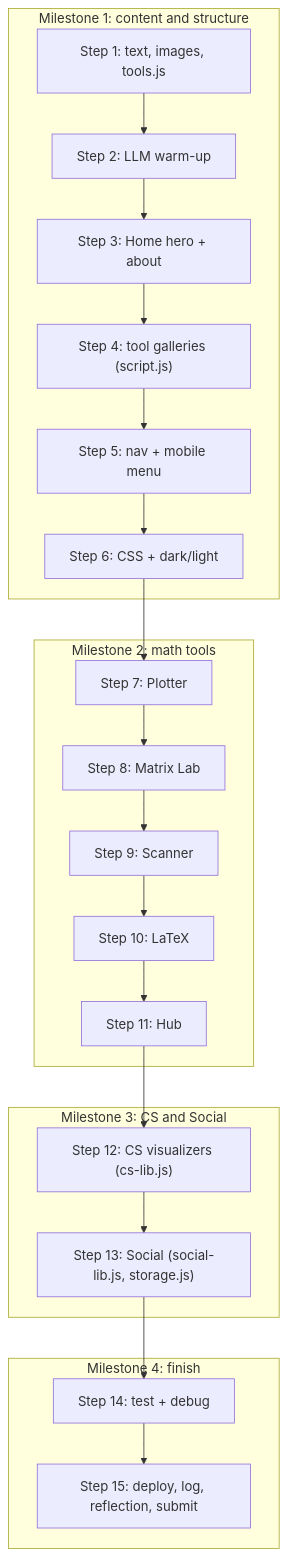
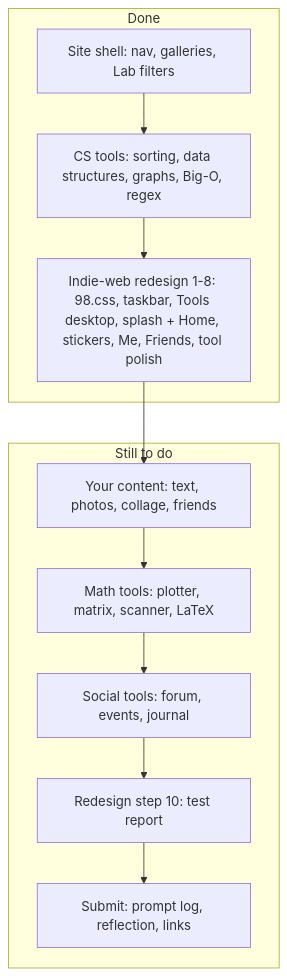
Before and after one commit to ChrisMedkit/CS-235-IntroToAI: the first of 12 diagrams in DIAGRAM.md, drawn with Mermaid. The commit also changed other lines of this file and 68 other files, not shown here.

First line of the commit message:
Indie-web redesign: 98.css, taskbar, Tools desktop, splash, stickers, Me, Friends

````diff
--- a/DIAGRAM.md
+++ b/DIAGRAM.md
@@ -5,25 +5,18 @@
 ```mermaid
 flowchart TD
-  subgraph M1["Milestone 1: content and structure"]
-    S1["Step 1: text, images, tools.js"] --> S2["Step 2: LLM warm-up"]
-    S2 --> S3["Step 3: Home hero + about"]
-    S3 --> S4["Step 4: tool galleries (script.js)"]
-    S4 --> S5["Step 5: nav + mobile menu"]
-    S5 --> S6["Step 6: CSS + dark/light"]
+  subgraph DONE["Done"]
+    D1["Site shell: nav, galleries, Lab filters"]
+    D2["CS tools: sorting, data structures, graphs, Big-O, regex"]
+    D3["Indie-web redesign 1-8: 98.css, taskbar, Tools desktop, splash + Home, stickers, Me, Friends, tool polish"]
+    D1 --> D2 --> D3
   end
-  subgraph M2["Milestone 2: math tools"]
-    S7["Step 7: Plotter"] --> S8["Step 8: Matrix Lab"]
-    S8 --> S9["Step 9: Scanner"]
-    S9 --> S10["Step 10: LaTeX"]
-    S10 --> S11["Step 11: Hub"]
+  subgraph NEXT["Still to do"]
+    N1["Your content: text, photos, collage, friends"]
+    N2["Math tools: plotter, matrix, scanner, LaTeX"]
+    N3["Social tools: forum, events, journal"]
+    N4["Redesign step 10: test report"]
+    N5["Submit: prompt log, reflection, links"]
+    N1 --> N2 --> N3 --> N4 --> N5
   end
-  subgraph M3["Milestone 3: CS and Social"]
-    S12["Step 12: CS visualizers (cs-lib.js)"] --> S13["Step 13: Social (social-lib.js, storage.js)"]
-  end
-  subgraph M4["Milestone 4: finish"]
-    S14["Step 14: test + debug"] --> S15["Step 15: deploy, log, reflection, submit"]
-  end
-  S6 --> S7
-  S11 --> S12
-  S13 --> S14
+  D3 --> N1
 ```
````
